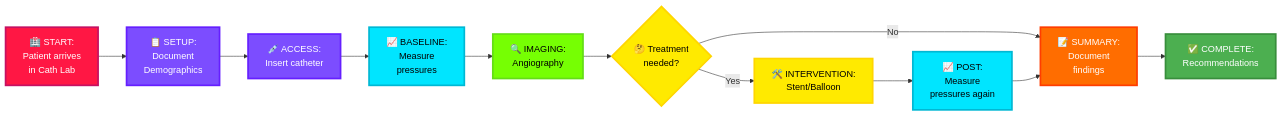
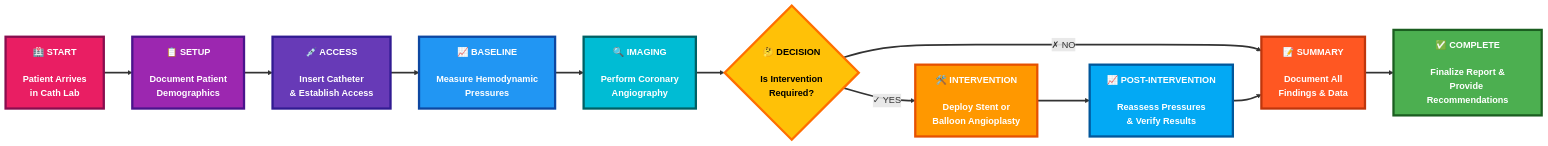
One commit to Twarsame/-Healthcare-IT-Cardiology-Informatics changed the tenth of 10 diagrams in Module 2_ Epic EHR Architecture Fundamentals_Lesson 2.3: Clinical Documentation Architecture.md. Above: the diagram before and after it, drawn with Mermaid. The commit also changed other lines of this file, not shown here.

Commit message:
Update Module 2_ Epic EHR Architecture Fundamentals_Lesson 2.3: Clinical Documentation Architecture.md

````diff
--- a/Module 2_ Epic EHR Architecture Fundamentals_Lesson 2.3: Clinical Documentation Architecture.md
+++ b/Module 2_ Epic EHR Architecture Fundamentals_Lesson 2.3: Clinical Documentation Architecture.md
@@ -2226,25 +2226,27 @@
 ```mermaid
 flowchart LR
-    A["🏥 START:<br/>Patient arrives<br/>in Cath Lab"] --> B["📋 SETUP:<br/>Document<br/>Demographics"]
-    B --> C["💉 ACCESS:<br/>Insert catheter"]
-    C --> D["📈 BASELINE:<br/>Measure<br/>pressures"]
-    D --> E["🔍 IMAGING:<br/>Angiography"]
-    E --> F{"🤔 Treatment<br/>needed?"}
-    F -->|Yes| G["🛠️ INTERVENTION:<br/>Stent/Balloon"]
-    F -->|No| H["📝 SUMMARY:<br/>Document<br/>findings"]
-    G --> I["📈 POST:<br/>Measure<br/>pressures again"]
+    A["🏥 START<br/><br/>Patient Arrives<br/>in Cath Lab"] --> B["📋 SETUP<br/><br/>Document Patient<br/>Demographics"]
+    B --> C["💉 ACCESS<br/><br/>Insert Catheter<br/>& Establish Access"]
+    C --> D["📈 BASELINE<br/><br/>Measure Hemodynamic<br/>Pressures"]
+    D --> E["🔍 IMAGING<br/><br/>Perform Coronary<br/>Angiography"]
+    E --> F{"🤔 DECISION<br/><br/>Is Intervention<br/>Required?"}
+    F -->|"✓ YES"| G["🛠️ INTERVENTION<br/><br/>Deploy Stent or<br/>Balloon Angioplasty"]
+    F -->|"✗ NO"| H["📝 SUMMARY<br/><br/>Document All<br/>Findings & Data"]
+    G --> I["📈 POST-INTERVENTION<br/><br/>Reassess Pressures<br/>& Verify Results"]
     I --> H
-    H --> J["✅ COMPLETE:<br/>Recommendations"]
-    
-    style A fill:#FF1744,stroke:#C51162,stroke-width:3px,color:#FFFFFF
-    style B fill:#7C4DFF,stroke:#651FFF,stroke-width:3px,color:#FFFFFF
-    style C fill:#7C4DFF,stroke:#651FFF,stroke-width:3px,color:#FFFFFF
-    style D fill:#00E5FF,stroke:#00B8D4,stroke-width:3px,color:#000000
-    style E fill:#76FF03,stroke:#64DD17,stroke-width:3px,color:#000000
-    style F fill:#FFEA00,stroke:#FFD600,stroke-width:3px,color:#000000
-    style G fill:#FFEA00,stroke:#FFD600,stroke-width:3px,color:#000000
-    style H fill:#FF6D00,stroke:#FF3D00,stroke-width:3px,color:#FFFFFF
-    style I fill:#00E5FF,stroke:#00B8D4,stroke-width:3px,color:#000000
-    style J fill:#4CAF50,stroke:#388E3C,stroke-width:3px,color:#FFFFFF
+    H --> J["✅ COMPLETE<br/><br/>Finalize Report &<br/>Provide Recommendations"]
+
+    style A fill:#e91e63,stroke:#880e4f,stroke-width:4px,color:#ffffff,font-size:16px,font-weight:bold
+    style B fill:#9c27b0,stroke:#4a148c,stroke-width:4px,color:#ffffff,font-size:16px,font-weight:bold
+    style C fill:#673ab7,stroke:#311b92,stroke-width:4px,color:#ffffff,font-size:16px,font-weight:bold
+    style D fill:#2196f3,stroke:#0d47a1,stroke-width:4px,color:#ffffff,font-size:16px,font-weight:bold
+    style E fill:#00bcd4,stroke:#006064,stroke-width:4px,color:#ffffff,font-size:16px,font-weight:bold
+    style F fill:#ffc107,stroke:#ff6f00,stroke-width:4px,color:#000000,font-size:16px,font-weight:bold
+    style G fill:#ff9800,stroke:#e65100,stroke-width:4px,color:#ffffff,font-size:16px,font-weight:bold
+    style H fill:#ff5722,stroke:#bf360c,stroke-width:4px,color:#ffffff,font-size:16px,font-weight:bold
+    style I fill:#03a9f4,stroke:#01579b,stroke-width:4px,color:#ffffff,font-size:16px,font-weight:bold
+    style J fill:#4caf50,stroke:#1b5e20,stroke-width:4px,color:#ffffff,font-size:16px,font-weight:bold
+
+    linkStyle default stroke:#333,stroke-width:3px
 
 ```
````
